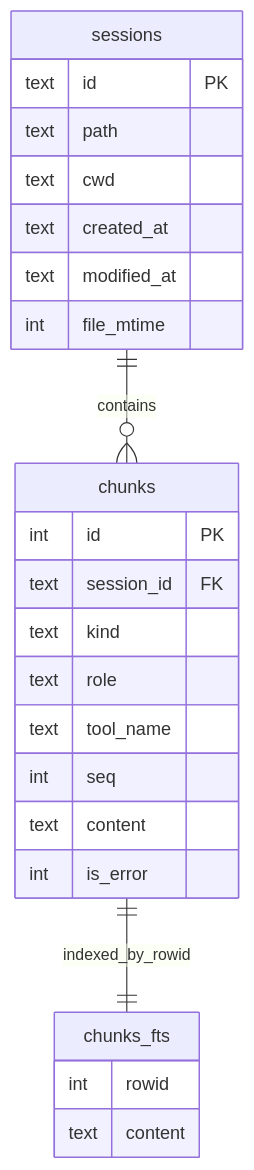
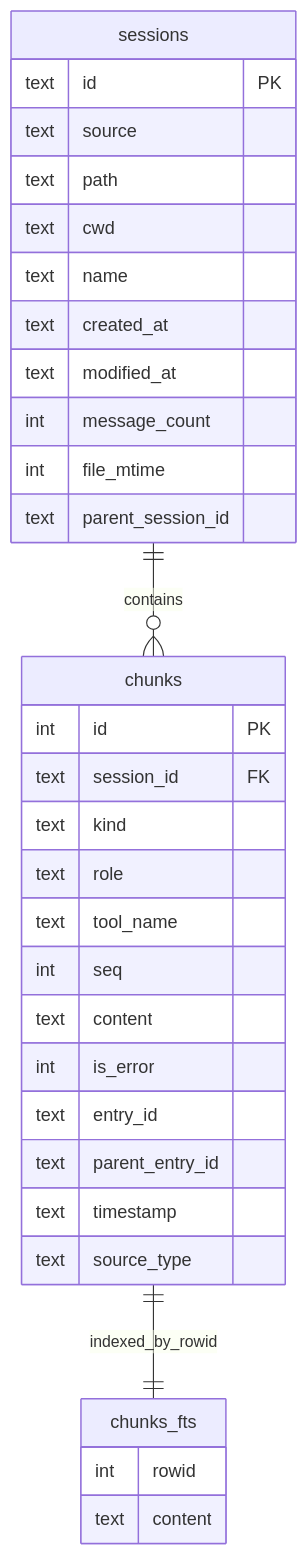
Before and after one commit to aliou/sesame: the second of 2 diagrams in docs/indexing.md, drawn with Mermaid. The commit also changed other lines of this file and 3 other files, not shown here.

````diff
--- a/docs/indexing.md
+++ b/docs/indexing.md
@@ -87,30 +135,38 @@
 ```mermaid
 erDiagram
   sessions ||--o{ chunks : contains
   chunks ||--|| chunks_fts : indexed_by_rowid
 
   sessions {
     text id PK
+    text source
     text path
     text cwd
+    text name
     text created_at
     text modified_at
+    int message_count
     int file_mtime
+    text parent_session_id
   }
 
   chunks {
     int id PK
     text session_id FK
     text kind
     text role
     text tool_name
     int seq
     text content
     int is_error
+    text entry_id
+    text parent_entry_id
+    text timestamp
+    text source_type
   }
 
   chunks_fts {
     int rowid
     text content
   }
 ```
````
